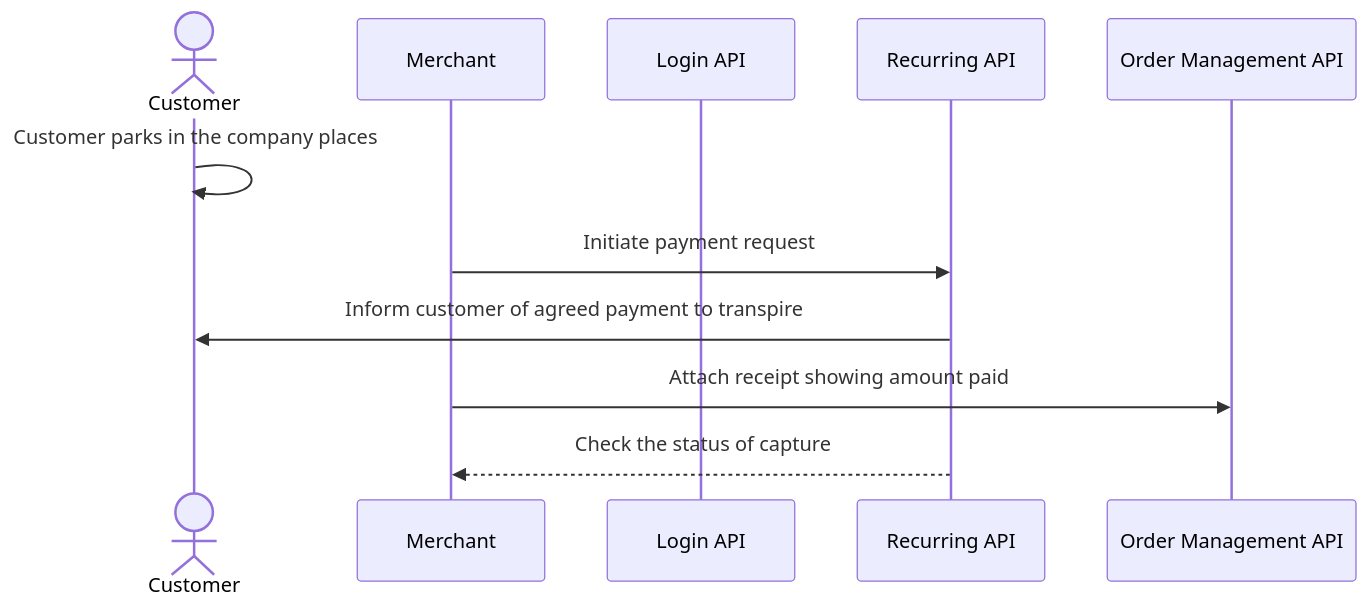
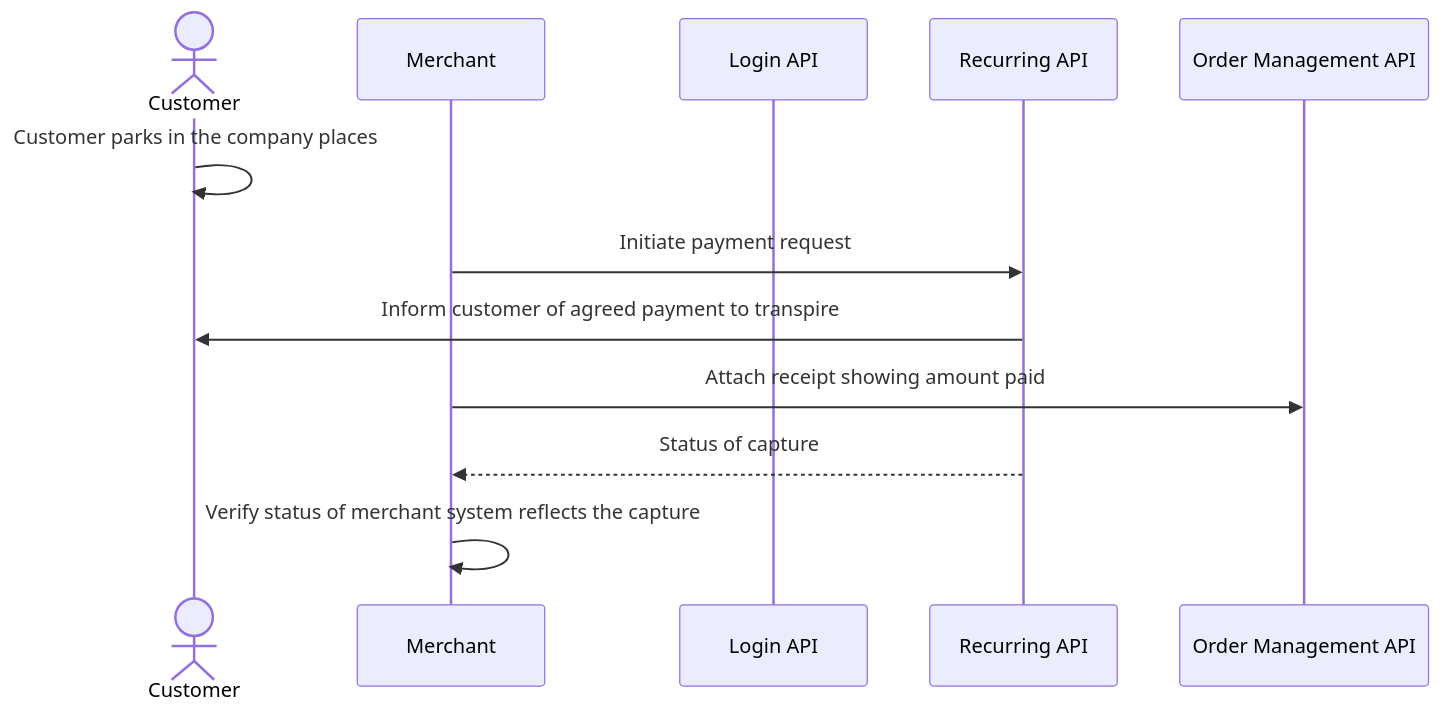
Before and after one commit to vippsas/vipps-solutions: the second of 2 diagrams in parking/README.md, drawn with Mermaid. The commit also changed 14 other files, not shown here.

````diff
--- a/parking/README.md
+++ b/parking/README.md
@@ -238,14 +238,15 @@
 ``` mermaid
 sequenceDiagram
     actor C as Customer
     participant M as Merchant
     participant Login as Login API
     participant Recurring as Recurring API
     participant ordermanagement as Order Management API
 
     C->>C: Customer parks in the company places
     M->>Recurring: Initiate payment request
     Recurring->>C: Inform customer of agreed payment to transpire
     M->> ordermanagement: Attach receipt showing amount paid
-    Recurring-->>M: Check the status of capture
+    Recurring-->>M: Status of capture
+    M->>M: Verify status of merchant system reflects the capture
 ```
````
